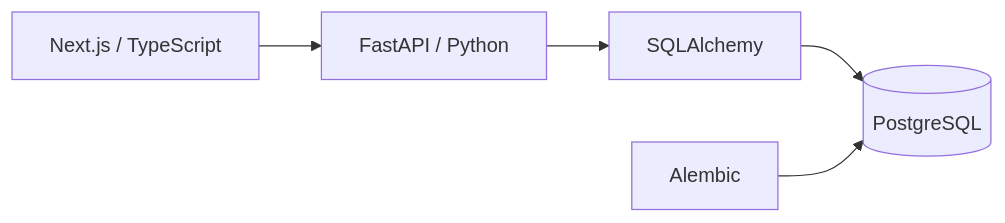
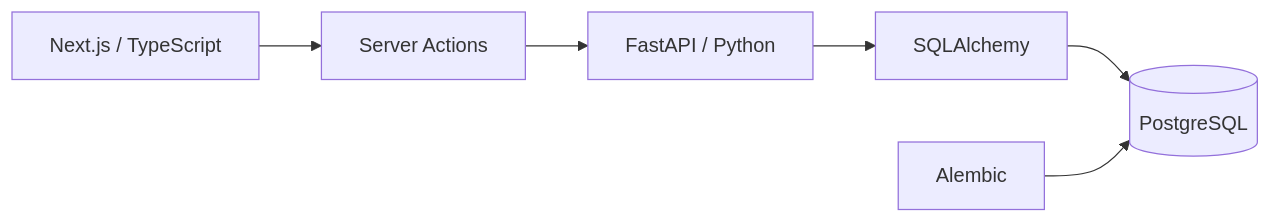
One commit to danielguillaumont/case-zero changed the diagram in README.md. Above: the diagram before and after it, drawn with Mermaid. The commit also changed other lines of this file, not shown here.

````diff
--- a/README.md
+++ b/README.md
@@ -101,13 +191,15 @@
 ```mermaid
 flowchart LR
     UI["Next.js / TypeScript"]
+    ACTIONS["Server Actions"]
     API["FastAPI / Python"]
     ORM["SQLAlchemy"]
     DB[("PostgreSQL")]
     MIG["Alembic"]
 
-    UI --> API
+    UI --> ACTIONS
+    ACTIONS --> API
     API --> ORM
     ORM --> DB
     MIG --> DB
 ```
````
